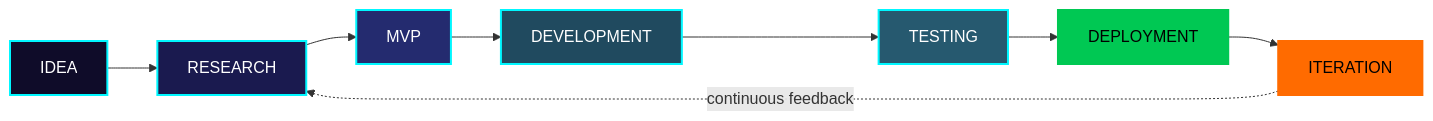
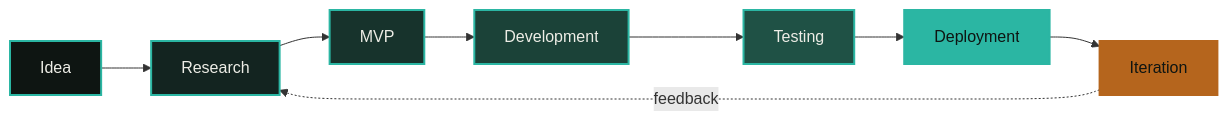
Before and after one commit to mav8stro/mav8stro: the first of 2 diagrams in README.md, drawn with Mermaid. The commit also changed other lines of this file, not shown here.

````diff
--- a/README.md
+++ b/README.md
@@ -131,18 +46,18 @@
 ```mermaid
 flowchart LR
-    A[IDEA] --> B[RESEARCH]
+    A[Idea] --> B[Research]
     B --> C[MVP]
-    C --> D[DEVELOPMENT]
-    D --> E[TESTING]
-    E --> F[DEPLOYMENT]
-    F --> G[ITERATION]
-    G -.continuous feedback.-> B
+    C --> D[Development]
+    D --> E[Testing]
+    E --> F[Deployment]
+    F --> G[Iteration]
+    G -.feedback.-> B
 
-    style A fill:#0F0C29,stroke:#00F7FF,stroke-width:2px,color:#fff
-    style B fill:#1a1a4f,stroke:#00F7FF,stroke-width:2px,color:#fff
-    style C fill:#242b6f,stroke:#00F7FF,stroke-width:2px,color:#fff
-    style D fill:#204a5f,stroke:#00F7FF,stroke-width:2px,color:#fff
-    style E fill:#26596f,stroke:#00F7FF,stroke-width:2px,color:#fff
-    style F fill:#00C853,stroke:#00C853,stroke-width:2px,color:#000
-    style G fill:#FF6B00,stroke:#FF6B00,stroke-width:2px,color:#000
+    style A fill:#0E1512,stroke:#2BB6A3,stroke-width:2px,color:#EDEDE6
+    style B fill:#132420,stroke:#2BB6A3,stroke-width:2px,color:#EDEDE6
+    style C fill:#17332C,stroke:#2BB6A3,stroke-width:2px,color:#EDEDE6
+    style D fill:#1B4238,stroke:#2BB6A3,stroke-width:2px,color:#EDEDE6
+    style E fill:#1F5145,stroke:#2BB6A3,stroke-width:2px,color:#EDEDE6
+    style F fill:#2BB6A3,stroke:#2BB6A3,stroke-width:2px,color:#0E1512
+    style G fill:#B5651D,stroke:#B5651D,stroke-width:2px,color:#0E1512
 ```
````
